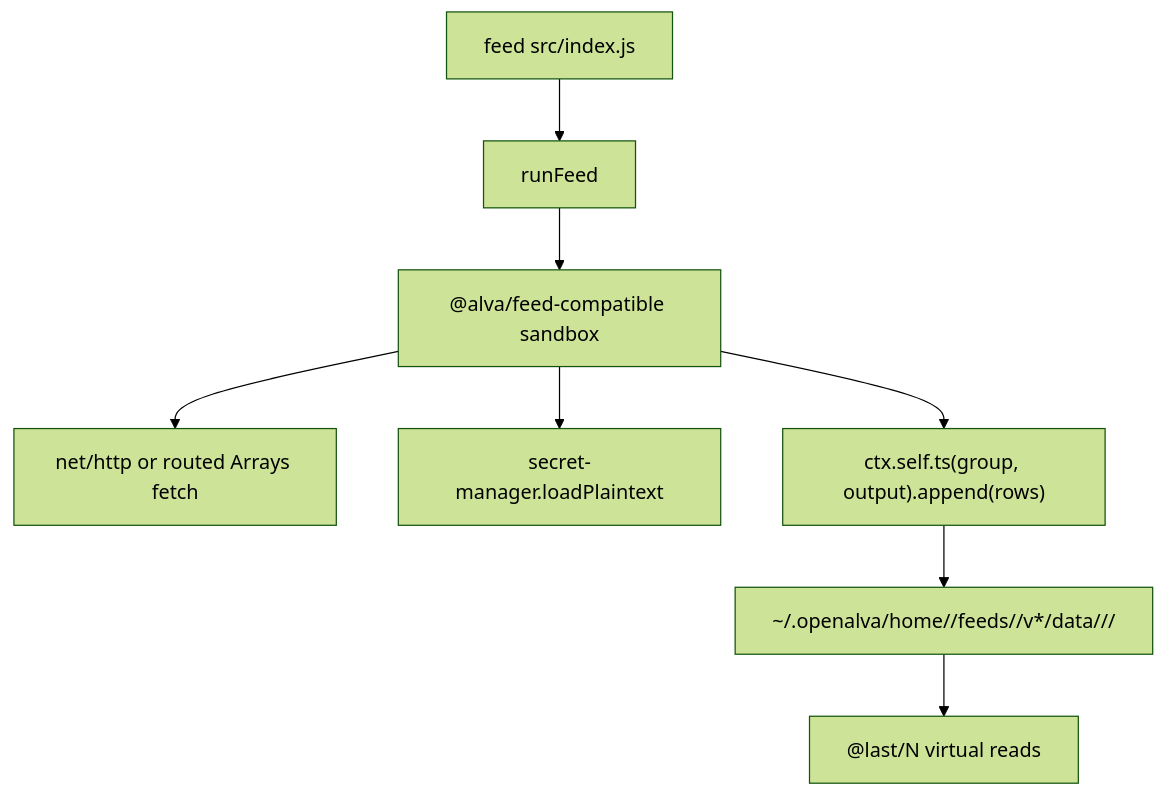
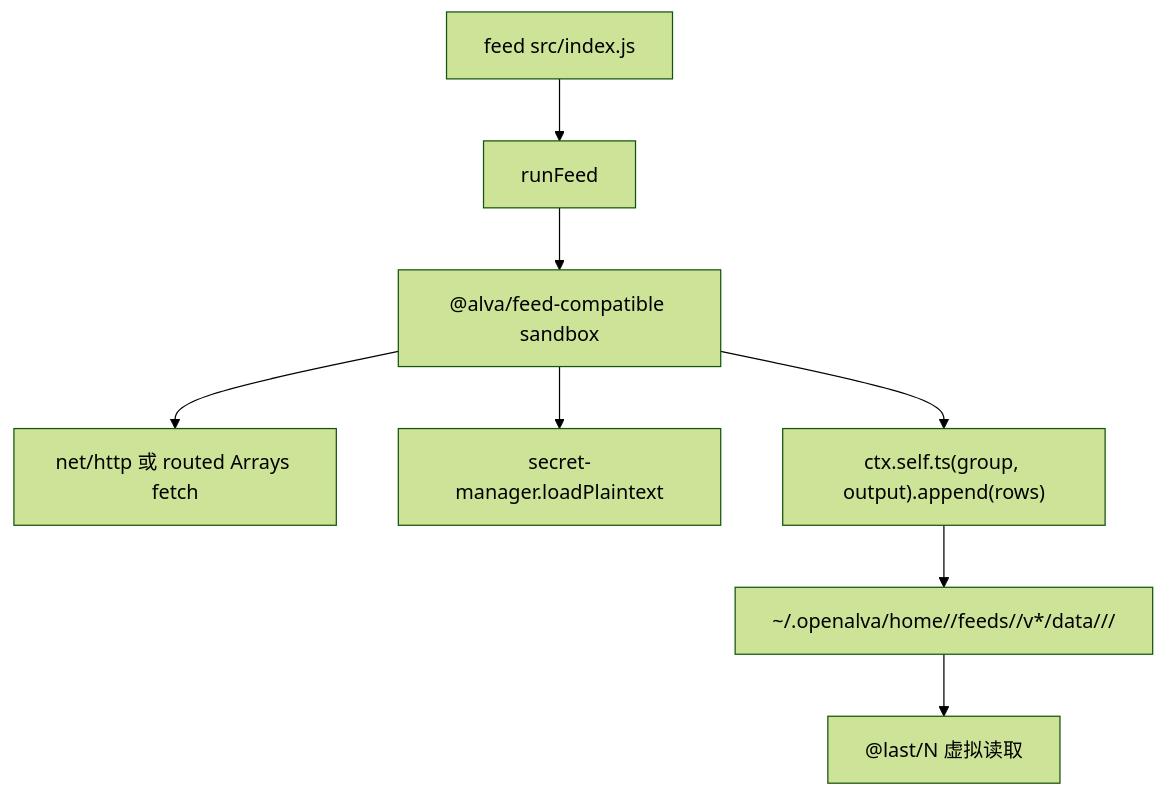
The third of 5 diagrams in README.md (george351419-sys/OpenAlva), drawn with Mermaid (forest theme) before and after one commit. The commit also changed other lines of this file and 1 other file, not shown here.

````diff
--- a/README.md
+++ b/README.md
@@ -134,10 +135,10 @@
 ```mermaid
 flowchart TD
   FeedCode["feed src/index.js"] --> RunFeed["runFeed"]
   RunFeed --> Sandbox["@alva/feed-compatible sandbox"]
-  Sandbox --> Http["net/http or routed Arrays fetch"]
+  Sandbox --> Http["net/http 或 routed Arrays fetch"]
   Sandbox --> Secret["secret-manager.loadPlaintext"]
   Sandbox --> TS["ctx.self.ts(group, output).append(rows)"]
   TS --> DataDir["~/.openalva/home/<user>/feeds/<feed>/v*/data/<group>/<output>/"]
-  DataDir --> Last["@last/N virtual reads"]
+  DataDir --> Last["@last/N 虚拟读取"]
 ```
````
